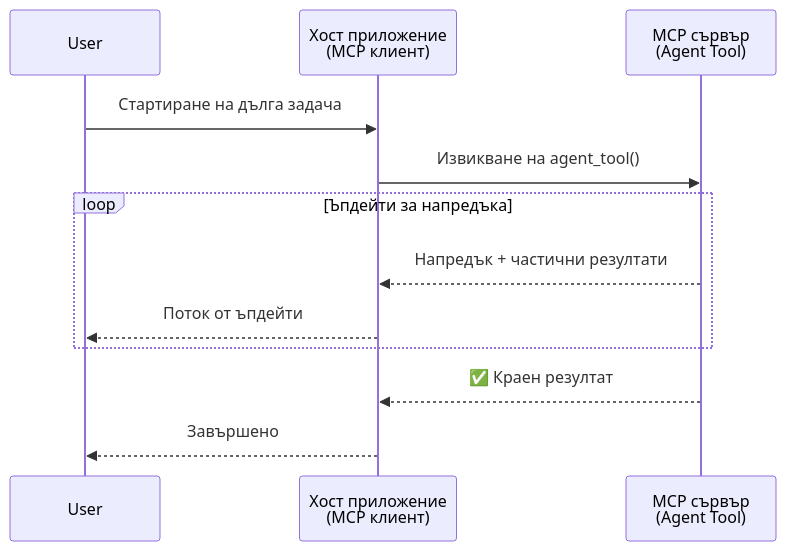
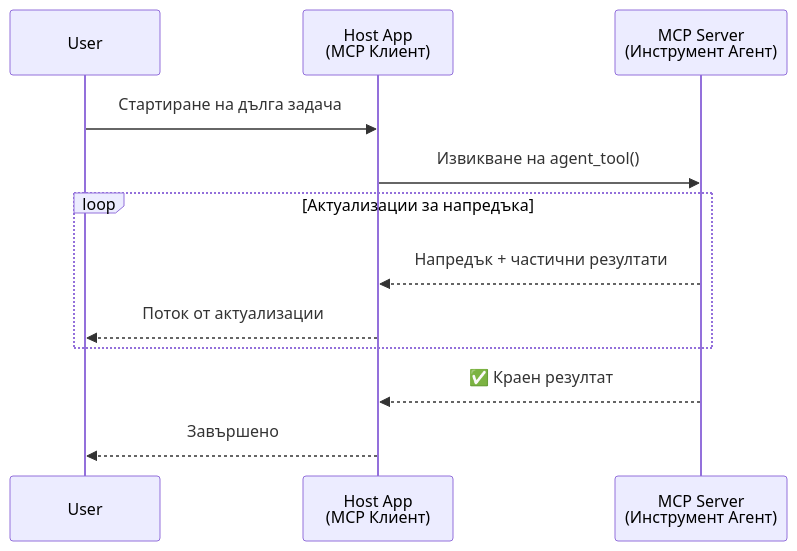
One commit to gabrielmoreira/agent-skills-mirror changed the first of 5 diagrams in mirrors/repos/microsoft@ai-agents-for-beginners/translations/bg/11-agentic-protocols/code_samples/mcp-agents/README.md. Above: the diagram before and after it, drawn with Mermaid. The commit also changed other lines of this file and 4262 other files, not shown here.

````diff
--- a/mirrors/repos/microsoft@ai-agents-for-beginners/translations/bg/11-agentic-protocols/code_samples/mcp-agents/README.md
+++ b/mirrors/repos/microsoft@ai-agents-for-beginners/translations/bg/11-agentic-protocols/code_samples/mcp-agents/README.md
@@ -46,17 +46,17 @@
 ```mermaid
 sequenceDiagram
     participant User
-    participant Host as Хост приложение<br/>(MCP клиент)
-    participant Server as MCP сървър<br/>(Agent Tool)
+    participant Host as Host App<br/>(MCP Клиент)
+    participant Server as MCP Server<br/>(Инструмент Агент)
 
     User->>Host: Стартиране на дълга задача
     Host->>Server: Извикване на agent_tool()
 
-    loop Ъпдейти за напредъка
+    loop Актуализации за напредъка
         Server-->>Host: Напредък + частични резултати
-        Host-->>User: Поток от ъпдейти
+        Host-->>User: Поток от актуализации
     end
 
     Server-->>Host: ✅ Краен резултат
     Host-->>User: Завършено
 ```
````
